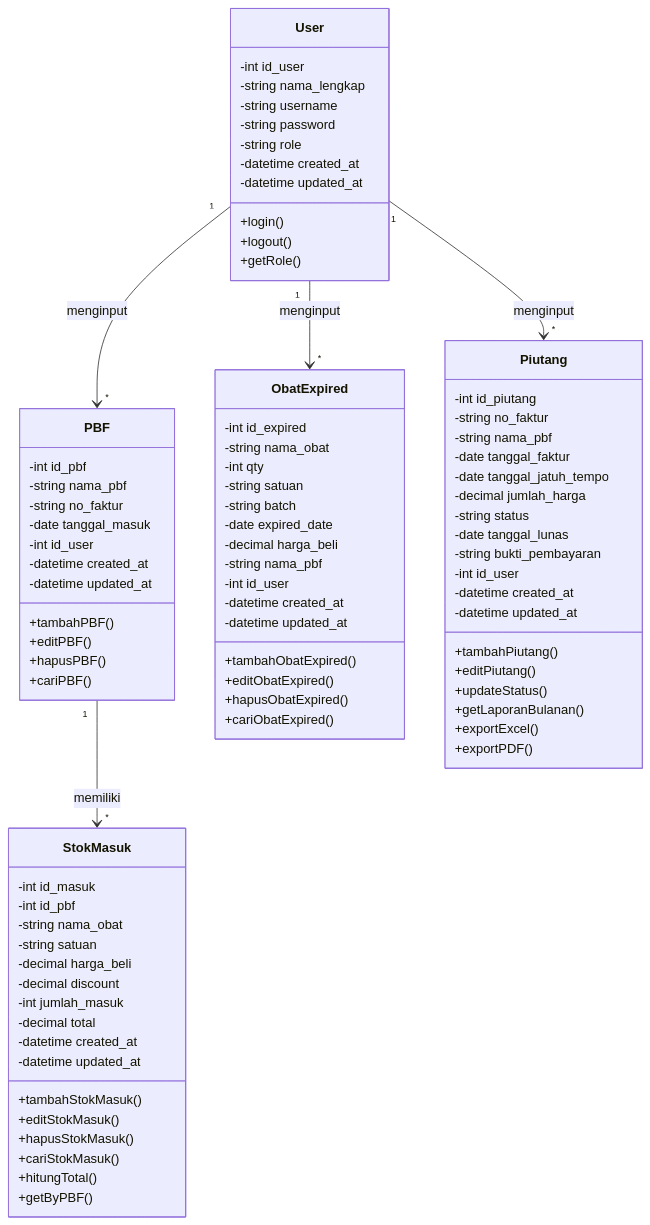
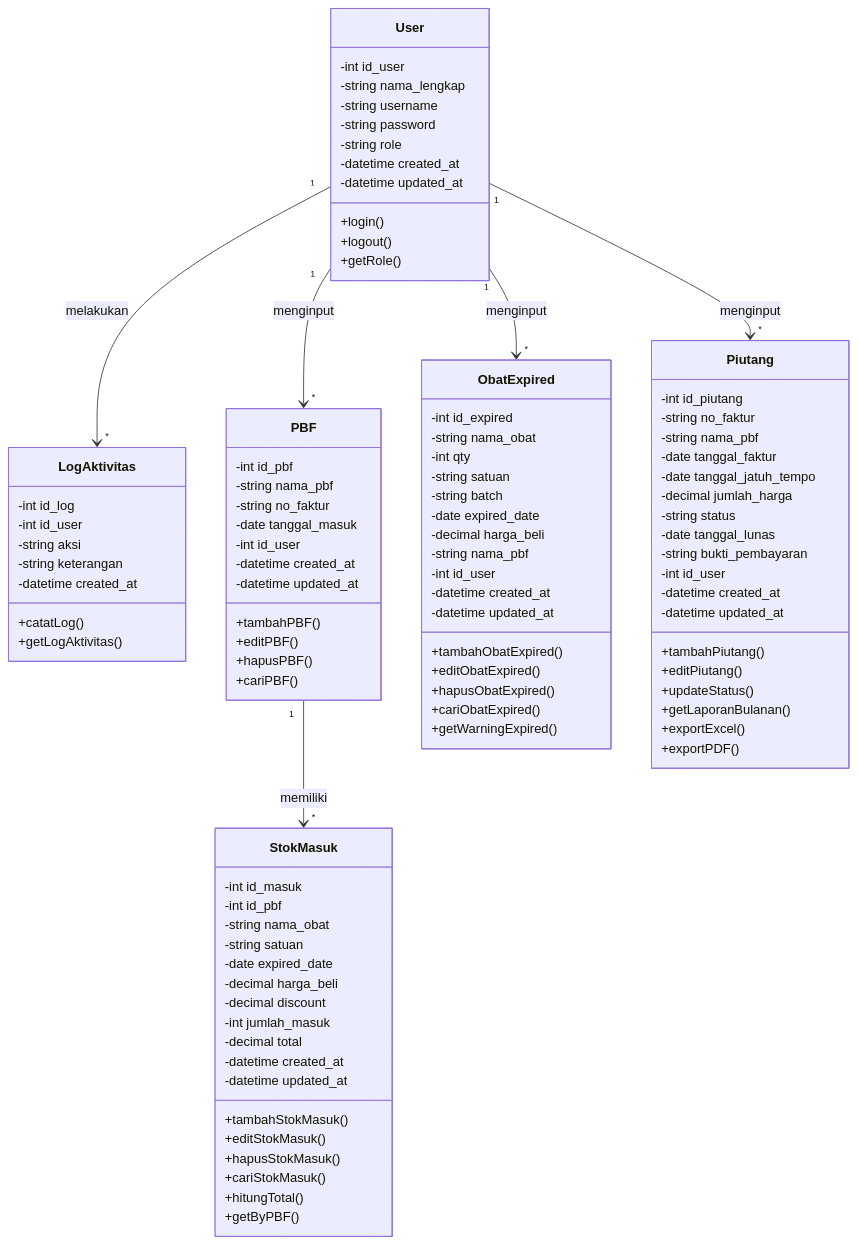
One commit to MohammadRaihanAkbar/PRD-project-perangkat-lunak-web-apotek-ananda-jadimulya changed the second of 2 diagrams in PRD_Apotek_Ananda_Jadimulya_Revisi.md. Above: the diagram before and after it, drawn with Mermaid. The commit also changed other lines of this file, not shown here.

````diff
--- a/PRD_Apotek_Ananda_Jadimulya_Revisi.md
+++ b/PRD_Apotek_Ananda_Jadimulya_Revisi.md
@@ -1058,6 +1137,16 @@
         +login()
         +logout()
         +getRole()
+    }
+
+    class LogAktivitas {
+        -int id_log
+        -int id_user
+        -string aksi
+        -string keterangan
+        -datetime created_at
+        +catatLog()
+        +getLogAktivitas()
     }
 
     class PBF {
@@ -1079,6 +1168,7 @@
         -int id_pbf
         -string nama_obat
         -string satuan
+        -date expired_date
         -decimal harga_beli
         -decimal discount
         -int jumlah_masuk
@@ -1109,6 +1199,7 @@
         +editObatExpired()
         +hapusObatExpired()
         +cariObatExpired()
+        +getWarningExpired()
     }
 
     class Piutang {
@@ -1135,5 +1226,6 @@
     User "1" --> "*" PBF : menginput
     User "1" --> "*" ObatExpired : menginput
     User "1" --> "*" Piutang : menginput
+    User "1" --> "*" LogAktivitas : melakukan
     PBF "1" --> "*" StokMasuk : memiliki
 ```
````
